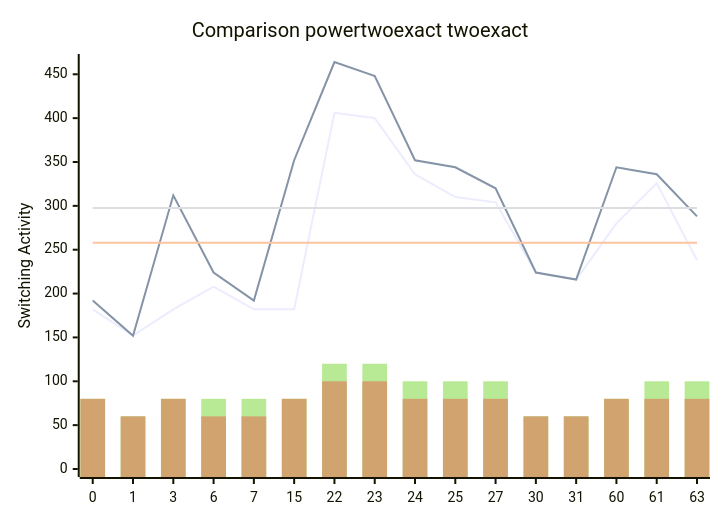
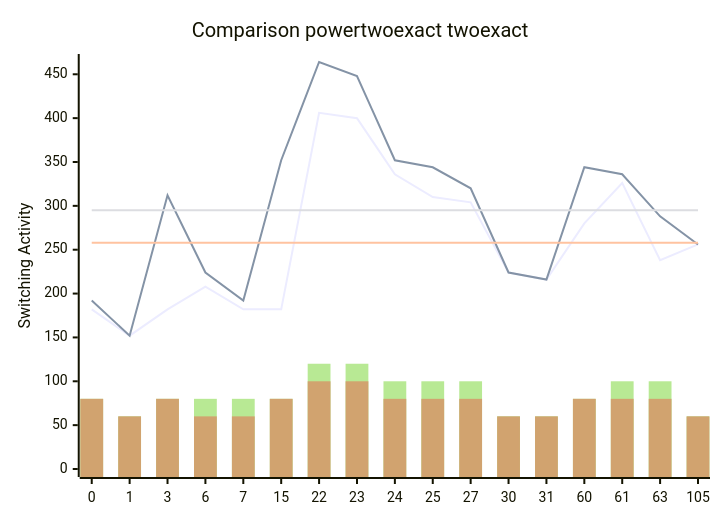
One commit to FeldmeierMichael/Exact-Power-Synthesis changed the diagram in benchmark_opt.md. Above: the diagram before and after it, drawn with Mermaid. The commit also changed other lines of this file, not shown here.

````diff
--- a/benchmark_opt.md
+++ b/benchmark_opt.md
@@ -37,12 +39,12 @@
 ```mermaid
 xychart-beta
     title "Comparison powertwoexact twoexact"
-    x-axis [0, 1, 3, 6, 7, 15, 22, 23, 24, 25, 27, 30, 31, 60, 61, 63]
+    x-axis [0, 1, 3, 6, 7, 15, 22, 23, 24, 25, 27, 30, 31, 60, 61, 63, 105]
     y-axis "Switching Activity" 0-->464
-    line [182, 152, 182, 208, 182, 182, 406, 400, 336, 310, 304, 224, 216, 280, 326, 238]
-    line [192, 152, 312, 224, 192, 352, 464, 448, 352, 344, 320, 224, 216, 344, 336, 288]
-    line [258.0, 258.0, 258.0, 258.0, 258.0, 258.0, 258.0, 258.0, 258.0, 258.0, 258.0, 258.0, 258.0, 258.0, 258.0, 258.0]
-    line [297.5, 297.5, 297.5, 297.5, 297.5, 297.5, 297.5, 297.5, 297.5, 297.5, 297.5, 297.5, 297.5, 297.5, 297.5, 297.5]
-    bar [80, 60, 80, 80, 80, 80, 120, 120, 100, 100, 100, 60, 60, 80, 100, 100]
-    bar [80, 60, 80, 60, 60, 80, 100, 100, 80, 80, 80, 60, 60, 80, 80, 80]
+    line [182, 152, 182, 208, 182, 182, 406, 400, 336, 310, 304, 224, 216, 280, 326, 238, 256]
+    line [192, 152, 312, 224, 192, 352, 464, 448, 352, 344, 320, 224, 216, 344, 336, 288, 256]
+    line [257.88235294117646, 257.88235294117646, 257.88235294117646, 257.88235294117646, 257.88235294117646, 257.88235294117646, 257.88235294117646, 257.88235294117646, 257.88235294117646, 257.88235294117646, 257.88235294117646, 257.88235294117646, 257.88235294117646, 257.88235294117646, 257.88235294117646, 257.88235294117646, 257.88235294117646]
+    line [295.05882352941177, 295.05882352941177, 295.05882352941177, 295.05882352941177, 295.05882352941177, 295.05882352941177, 295.05882352941177, 295.05882352941177, 295.05882352941177, 295.05882352941177, 295.05882352941177, 295.05882352941177, 295.05882352941177, 295.05882352941177, 295.05882352941177, 295.05882352941177, 295.05882352941177]
+    bar [80, 60, 80, 80, 80, 80, 120, 120, 100, 100, 100, 60, 60, 80, 100, 100, 60]
+    bar [80, 60, 80, 60, 60, 80, 100, 100, 80, 80, 80, 60, 60, 80, 80, 80, 60]
 ```
````
